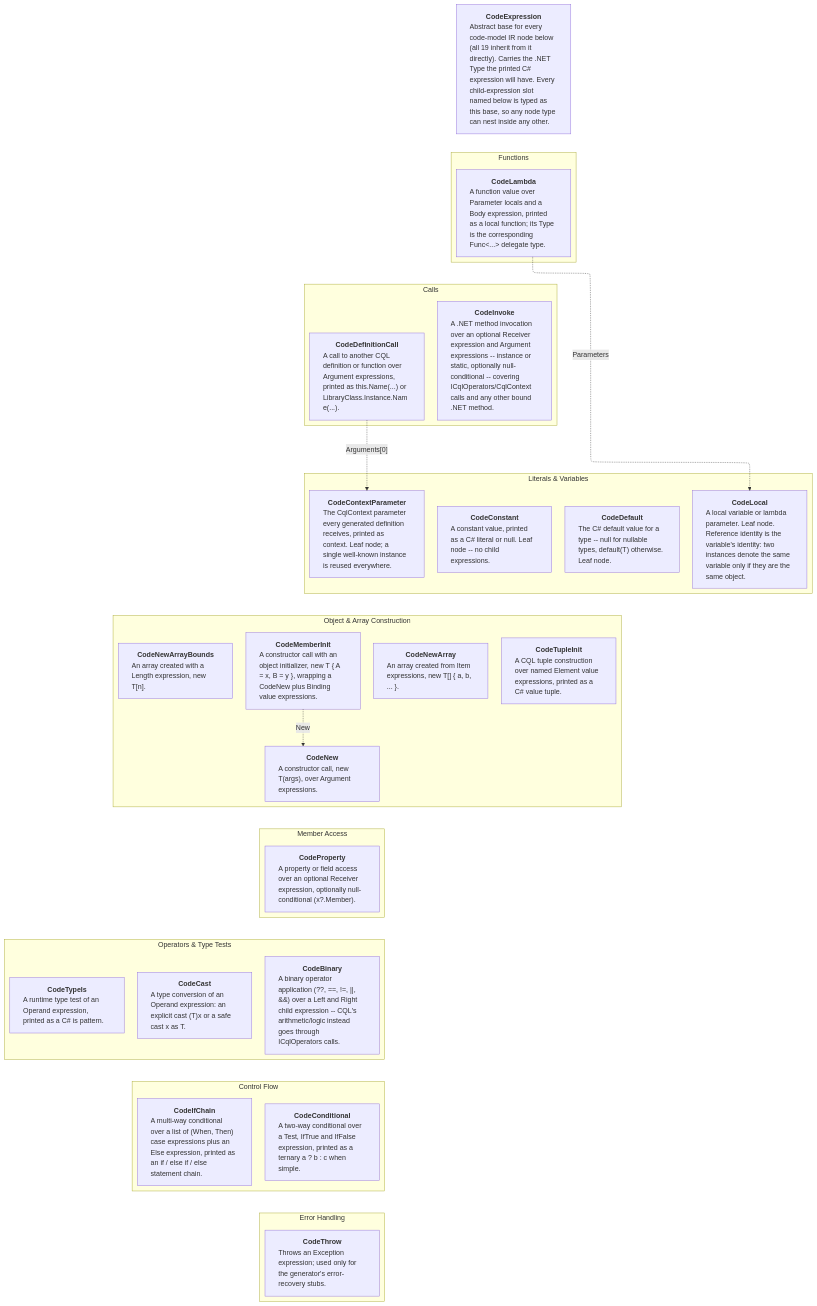
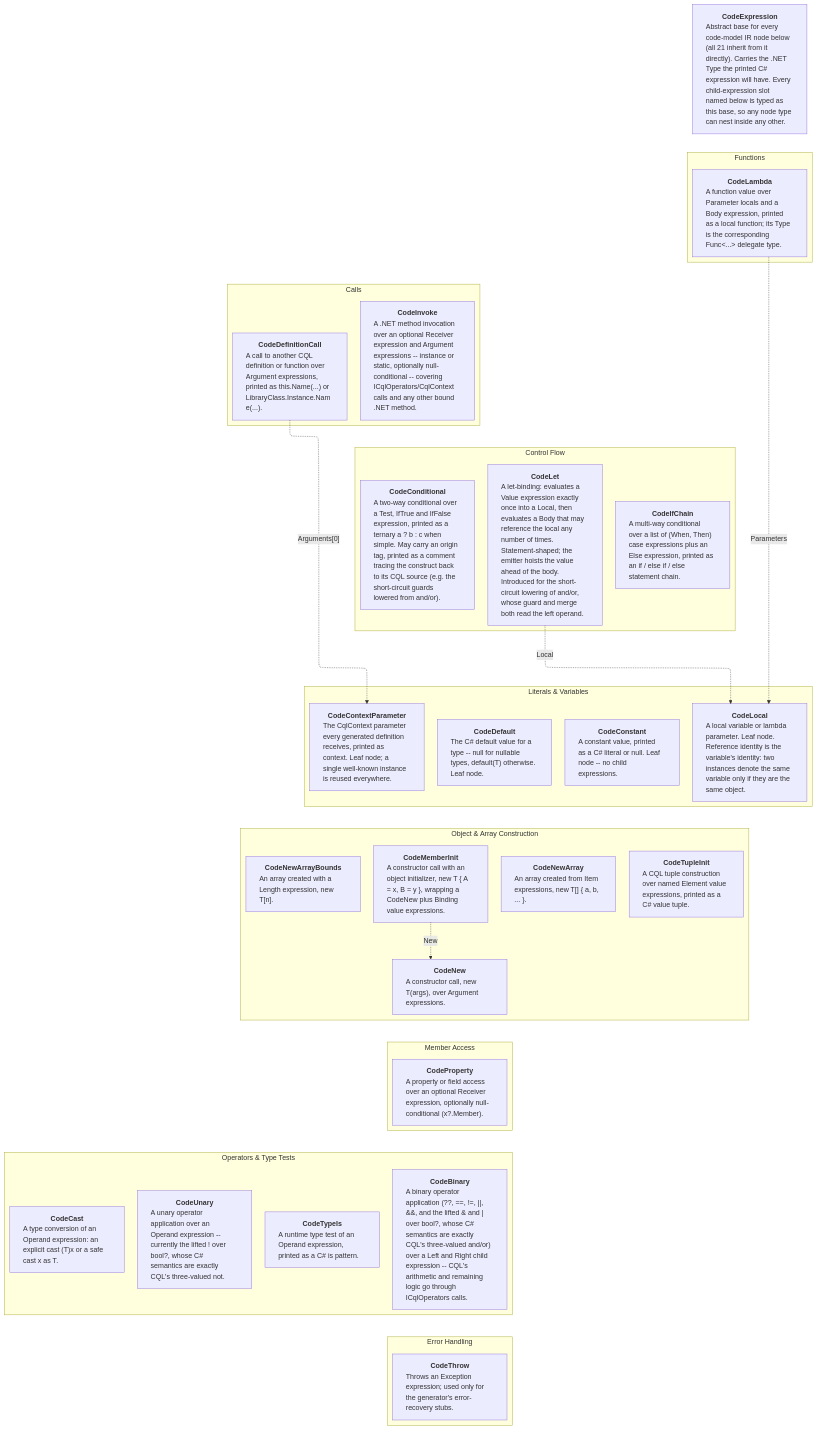
Before and after one commit to FirelyTeam/firely-cql-sdk: the diagram in docs/diagrams/dependency-diagrams.codemodel-expressions.mmd, drawn with Mermaid. The commit also changed 26 other files, not shown here.

```diff
--- a/docs/diagrams/dependency-diagrams.codemodel-expressions.mmd
+++ b/docs/diagrams/dependency-diagrams.codemodel-expressions.mmd
@@ -1,89 +1,93 @@
 %%{init: {
     'layout': 'elk',
     'themeVariables':{
       'lineColor': '#333',
       'lineWidth': 4
     },
     'themeCSS': '.edgeLabel, .edgeLabel p, .edgeLabel rect, .labelBkg { background: transparent !important; background-color: transparent !important; fill: transparent !important; }'
 }}%%
 
 flowchart TB
 
-CodeExpression["<b>CodeExpression</b><br/><div style='text-align:left; max-width:300px; overflow-wrap:anywhere;'>Abstract base for every code-model IR node below (all 19 inherit from it directly). Carries the .NET Type the printed C# expression will have. Every child-expression slot named below is typed as this base, so any node type can nest inside any other.</div>"]
+CodeExpression["<b>CodeExpression</b><br/><div style='text-align:left; max-width:300px; overflow-wrap:anywhere;'>Abstract base for every code-model IR node below (all 21 inherit from it directly). Carries the .NET Type the printed C# expression will have. Every child-expression slot named below is typed as this base, so any node type can nest inside any other.</div>"]
 
 subgraph "Literals & Variables"
 direction TB
 CodeConstant["<b>CodeConstant</b><br/><div style='text-align:left; max-width:280px; overflow-wrap:anywhere;'>A constant value, printed as a C# literal or null. Leaf node -- no child expressions.</div>"]
 CodeDefault["<b>CodeDefault</b><br/><div style='text-align:left; max-width:280px; overflow-wrap:anywhere;'>The C# default value for a type -- null for nullable types, default(T) otherwise. Leaf node.</div>"]
 CodeLocal["<b>CodeLocal</b><br/><div style='text-align:left; max-width:280px; overflow-wrap:anywhere;'>A local variable or lambda parameter. Leaf node. Reference identity is the variable's identity: two instances denote the same variable only if they are the same object.</div>"]
 CodeContextParameter["<b>CodeContextParameter</b><br/><div style='text-align:left; max-width:280px; overflow-wrap:anywhere;'>The CqlContext parameter every generated definition receives, printed as context. Leaf node; a single well-known instance is reused everywhere.</div>"]
 end
 
 subgraph "Operators & Type Tests"
 direction TB
-CodeBinary["<b>CodeBinary</b><br/><div style='text-align:left; max-width:280px; overflow-wrap:anywhere;'>A binary operator application (??, ==, !=, ||, &amp;&amp;) over a Left and Right child expression -- CQL's arithmetic/logic instead goes through ICqlOperators calls.</div>"]
+CodeBinary["<b>CodeBinary</b><br/><div style='text-align:left; max-width:280px; overflow-wrap:anywhere;'>A binary operator application (??, ==, !=, ||, &amp;&amp;, and the lifted &amp; and | over bool?, whose C# semantics are exactly CQL's three-valued and/or) over a Left and Right child expression -- CQL's arithmetic and remaining logic go through ICqlOperators calls.</div>"]
+CodeUnary["<b>CodeUnary</b><br/><div style='text-align:left; max-width:280px; overflow-wrap:anywhere;'>A unary operator application over an Operand expression -- currently the lifted ! over bool?, whose C# semantics are exactly CQL's three-valued not.</div>"]
 CodeCast["<b>CodeCast</b><br/><div style='text-align:left; max-width:280px; overflow-wrap:anywhere;'>A type conversion of an Operand expression: an explicit cast (T)x or a safe cast x as T.</div>"]
 CodeTypeIs["<b>CodeTypeIs</b><br/><div style='text-align:left; max-width:280px; overflow-wrap:anywhere;'>A runtime type test of an Operand expression, printed as a C# is pattern.</div>"]
 end
 
 subgraph "Control Flow"
 direction TB
-CodeConditional["<b>CodeConditional</b><br/><div style='text-align:left; max-width:280px; overflow-wrap:anywhere;'>A two-way conditional over a Test, IfTrue and IfFalse expression, printed as a ternary a ? b : c when simple.</div>"]
+CodeConditional["<b>CodeConditional</b><br/><div style='text-align:left; max-width:280px; overflow-wrap:anywhere;'>A two-way conditional over a Test, IfTrue and IfFalse expression, printed as a ternary a ? b : c when simple. May carry an origin tag, printed as a comment tracing the construct back to its CQL source (e.g. the short-circuit guards lowered from and/or).</div>"]
 CodeIfChain["<b>CodeIfChain</b><br/><div style='text-align:left; max-width:280px; overflow-wrap:anywhere;'>A multi-way conditional over a list of (When, Then) case expressions plus an Else expression, printed as an if / else if / else statement chain.</div>"]
+CodeLet["<b>CodeLet</b><br/><div style='text-align:left; max-width:280px; overflow-wrap:anywhere;'>A let-binding: evaluates a Value expression exactly once into a Local, then evaluates a Body that may reference the local any number of times. Statement-shaped; the emitter hoists the value ahead of the body. Introduced for the short-circuit lowering of and/or, whose guard and merge both read the left operand.</div>"]
 end
 
 subgraph Calls
 direction TB
 CodeInvoke["<b>CodeInvoke</b><br/><div style='text-align:left; max-width:280px; overflow-wrap:anywhere;'>A .NET method invocation over an optional Receiver expression and Argument expressions -- instance or static, optionally null-conditional -- covering ICqlOperators/CqlContext calls and any other bound .NET method.</div>"]
 CodeDefinitionCall["<b>CodeDefinitionCall</b><br/><div style='text-align:left; max-width:280px; overflow-wrap:anywhere;'>A call to another CQL definition or function over Argument expressions, printed as this.Name(...) or LibraryClass.Instance.Name(...).</div>"]
 end
 
 subgraph "Object & Array Construction"
 direction TB
 CodeNew["<b>CodeNew</b><br/><div style='text-align:left; max-width:280px; overflow-wrap:anywhere;'>A constructor call, new T(args), over Argument expressions.</div>"]
 CodeMemberInit["<b>CodeMemberInit</b><br/><div style='text-align:left; max-width:280px; overflow-wrap:anywhere;'>A constructor call with an object initializer, new T { A = x, B = y }, wrapping a CodeNew plus Binding value expressions.</div>"]
 CodeTupleInit["<b>CodeTupleInit</b><br/><div style='text-align:left; max-width:280px; overflow-wrap:anywhere;'>A CQL tuple construction over named Element value expressions, printed as a C# value tuple.</div>"]
 CodeNewArray["<b>CodeNewArray</b><br/><div style='text-align:left; max-width:280px; overflow-wrap:anywhere;'>An array created from Item expressions, new T[] { a, b, ... }.</div>"]
 CodeNewArrayBounds["<b>CodeNewArrayBounds</b><br/><div style='text-align:left; max-width:280px; overflow-wrap:anywhere;'>An array created with a Length expression, new T[n].</div>"]
 end
 
 subgraph "Member Access"
 direction TB
 CodeProperty["<b>CodeProperty</b><br/><div style='text-align:left; max-width:280px; overflow-wrap:anywhere;'>A property or field access over an optional Receiver expression, optionally null-conditional (x?.Member).</div>"]
 end
 
 subgraph Functions
 direction TB
 CodeLambda["<b>CodeLambda</b><br/><div style='text-align:left; max-width:280px; overflow-wrap:anywhere;'>A function value over Parameter locals and a Body expression, printed as a local function; its Type is the corresponding Func&lt;...&gt; delegate type.</div>"]
 end
 
 subgraph "Error Handling"
 direction TB
 CodeThrow["<b>CodeThrow</b><br/><div style='text-align:left; max-width:280px; overflow-wrap:anywhere;'>Throws an Exception expression; used only for the generator's error-recovery stubs.</div>"]
 end
 
 %% Only the relationships that name a SPECIFIC concrete type are drawn as edges -- every
 %% child-expression slot named in the descriptions above is generically typed CodeExpression
 %% (any node type may appear there), so drawing all of those would just be ~30 identical edges
-%% converging on one box. These three are the exceptions: a real constructor-level constraint
+%% converging on one box. These four are the exceptions: a real constructor-level constraint
 %% on which concrete type may appear.
 CodeLambda -.->|Parameters| CodeLocal
 CodeMemberInit -.->|New| CodeNew
 CodeDefinitionCall -.->|"Arguments[0]"| CodeContextParameter
+CodeLet -.->|Local| CodeLocal
 
 %% Invisible layout-only links: with almost no real edges between categories, ELK has nothing
 %% to infer a top-to-bottom order from and packs the subgraphs into a wide row instead. These
 %% force the intended reading order (top to bottom) without drawing a visible line.
 %% Order matters: a real edge's source category must come BEFORE its target category in this
 %% chain, or ELK treats it as a backward edge and produces a scrambled, non-monotonic layout
 %% (seen when this chain started at CodeExpression instead of ending there). Functions (source
-%% of the Parameters edge) and Calls (source of the Arguments[0] edge) both target Literals &
-%% Variables, so both are placed immediately before it here to keep those two edges short.
+%% of the Parameters edge), Calls (source of the Arguments[0] edge) and Control Flow (source
+%% of the Local edge) all target Literals & Variables, so all three are placed immediately
+%% before it here to keep those edges short.
 CodeExpression ~~~ CodeLambda
 CodeLambda ~~~ CodeInvoke
-CodeInvoke ~~~ CodeConstant
+CodeInvoke ~~~ CodeConditional
+CodeConditional ~~~ CodeConstant
 CodeConstant ~~~ CodeNew
 CodeNew ~~~ CodeProperty
 CodeProperty ~~~ CodeBinary
-CodeBinary ~~~ CodeConditional
-CodeConditional ~~~ CodeThrow
+CodeBinary ~~~ CodeThrow
```
